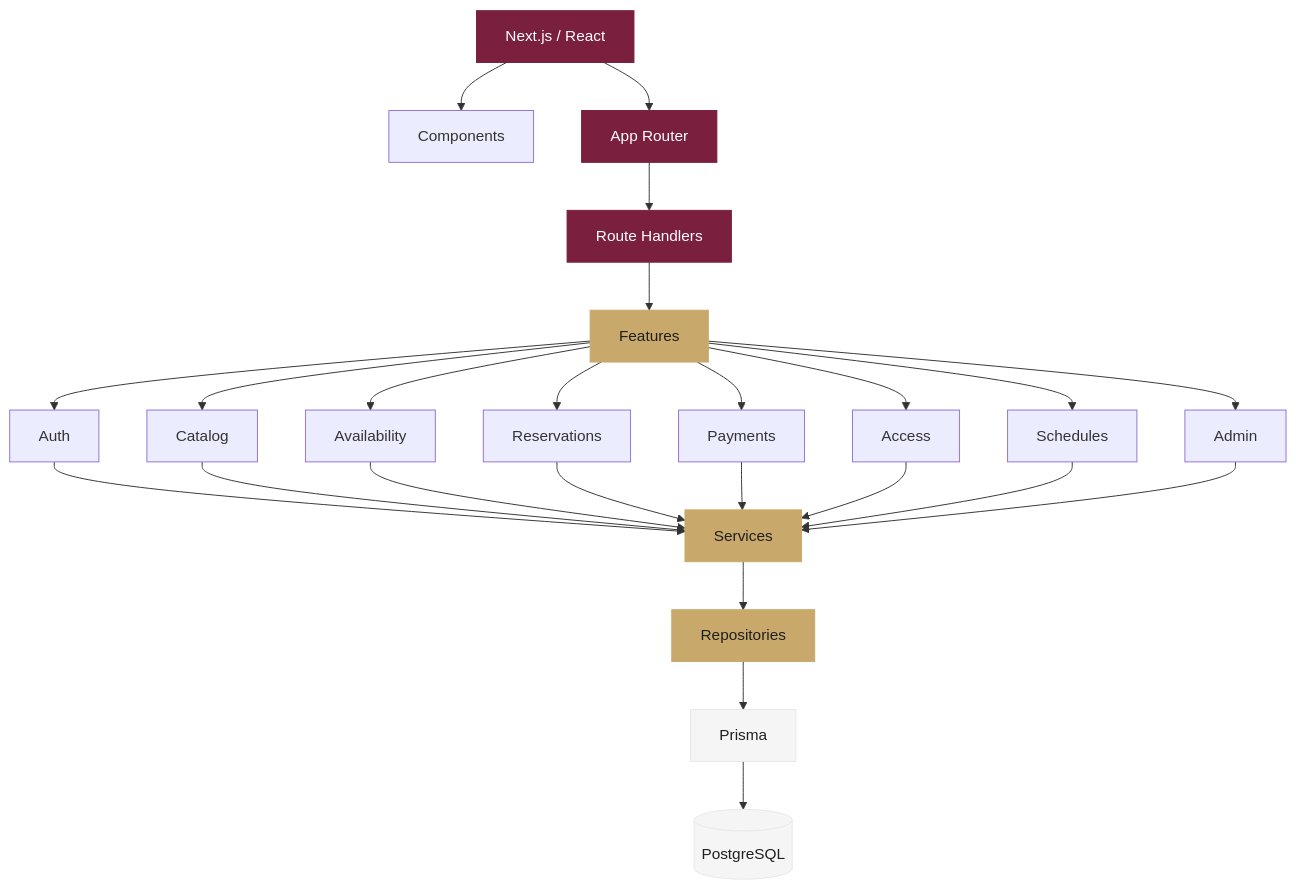
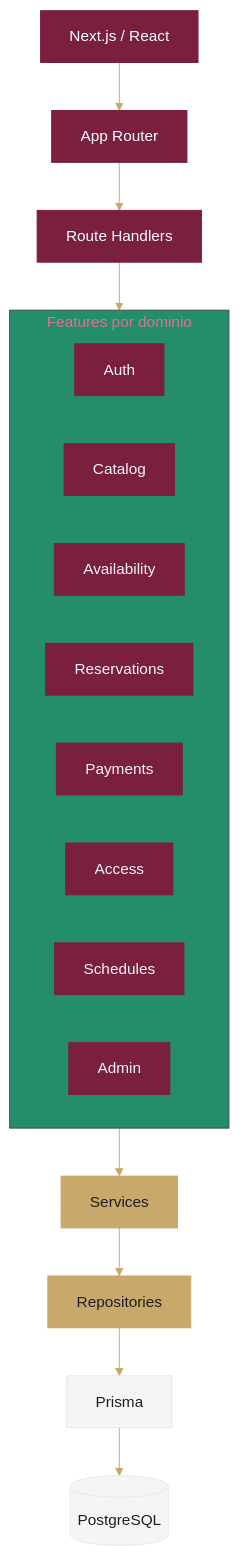
The second of 8 diagrams in README.md (LaoraSad/omegaComplex), drawn with Mermaid before and after one commit. The commit also changed other lines of this file and 8 other files, not shown here.

````diff
--- a/README.md
+++ b/README.md
@@ -155,42 +169,31 @@
 ```mermaid
+%%{init: {'theme':'base','themeVariables':{'primaryColor':'#7A1F3D','primaryTextColor':'#F5F5F5','primaryBorderColor':'#7A1F3D','lineColor':'#C8A96B'}}}%%
 flowchart TB
-
-    UI["Next.js / React"]
-
-    UI --> Components["Components"]
-    UI --> Routes["App Router"]
-
+    UI["Next.js / React"] --> Routes["App Router"]
     Routes --> API["Route Handlers"]
 
-    API --> Features["Features"]
+    subgraph Features["Features por dominio"]
+        direction LR
+        Auth["Auth"]
+        Catalog["Catalog"]
+        Availability["Availability"]
+        Reservations["Reservations"]
+        Payments["Payments"]
+        Access["Access"]
+        Schedules["Schedules"]
+        Admin["Admin"]
+    end
 
-    Features --> Auth["Auth"]
-    Features --> Catalog["Catalog"]
-    Features --> Availability["Availability"]
-    Features --> Reservations["Reservations"]
-    Features --> Payments["Payments"]
-    Features --> Access["Access"]
-    Features --> Schedules["Schedules"]
-    Features --> Admin["Admin"]
-
-    Auth --> Services["Services"]
-    Catalog --> Services
-    Availability --> Services
-    Reservations --> Services
-    Payments --> Services
-    Access --> Services
-    Schedules --> Services
-    Admin --> Services
-
+    API --> Features
+    Features --> Services["Services"]
     Services --> Repositories["Repositories"]
     Repositories --> Prisma["Prisma"]
-    Prisma --> Database[("PostgreSQL")]
+    Prisma --> DB[("PostgreSQL")]
 
     classDef main fill:#7A1F3D,color:#fff,stroke:#7A1F3D;
     classDef accent fill:#C8A96B,color:#1F1F1F,stroke:#C8A96B;
     classDef neutral fill:#F5F5F5,color:#1F1F1F,stroke:#E5E7EB;
-
     class UI,Routes,API main;
-    class Features,Services,Repositories accent;
-    class Prisma,Database neutral;
+    class Services,Repositories accent;
+    class Prisma,DB neutral;
 ```
````
